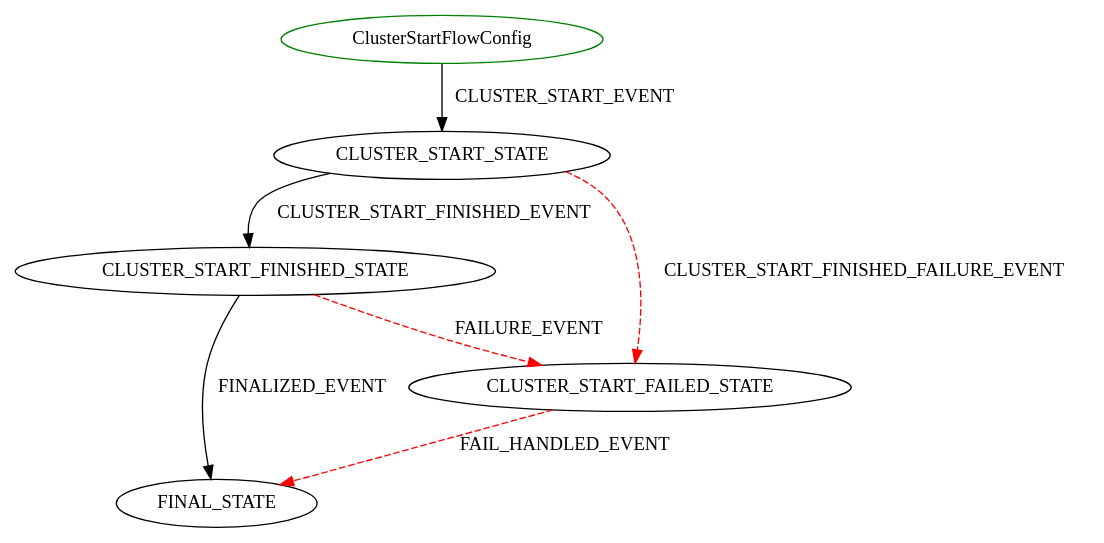
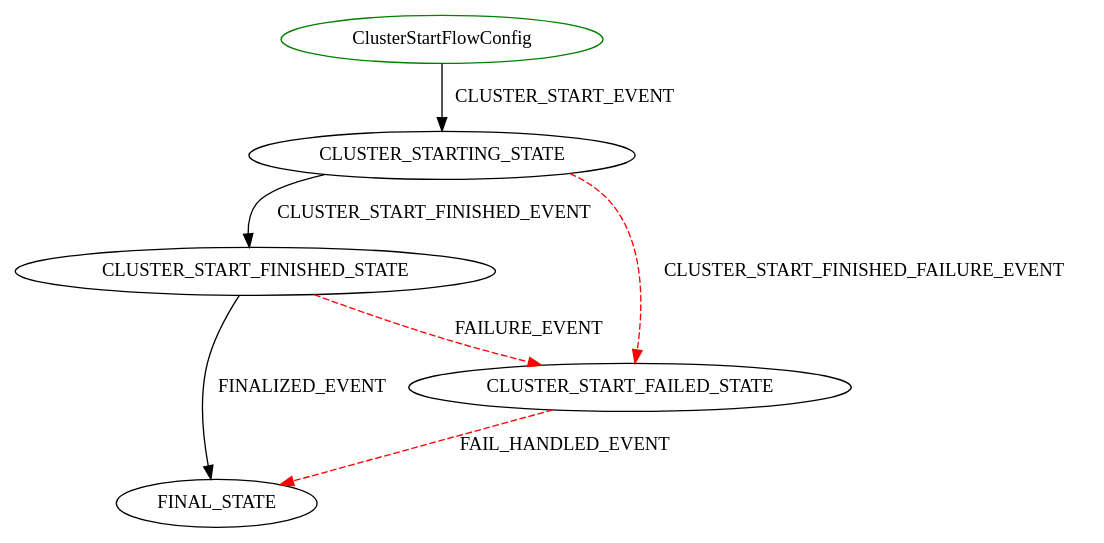
Before and after one commit to wprender/cloudbreak-docs: the diagram in docs/diagrams/ClusterStartFlowConfig.dot, drawn with Graphviz. The commit also changed 6 other files, not shown here.

Commit message:
CLOUD-58687 Move cluster update password flow to new flow engine

```diff
--- a/docs/diagrams/ClusterStartFlowConfig.dot
+++ b/docs/diagrams/ClusterStartFlowConfig.dot
@@ -1,9 +1,9 @@
 digraph {
 INIT_STATE [label="ClusterStartFlowConfig" shape=ellipse color=green];
-INIT_STATE -> CLUSTER_START_STATE [label="CLUSTER_START_EVENT" color=black style=solid];
-CLUSTER_START_STATE -> CLUSTER_START_FINISHED_STATE [label="CLUSTER_START_FINISHED_EVENT" color=black style=solid];
-CLUSTER_START_STATE -> CLUSTER_START_FAILED_STATE [label="CLUSTER_START_FINISHED_FAILURE_EVENT" color=red style=dashed];
+INIT_STATE -> CLUSTER_STARTING_STATE [label="CLUSTER_START_EVENT" color=black style=solid];
+CLUSTER_STARTING_STATE -> CLUSTER_START_FINISHED_STATE [label="CLUSTER_START_FINISHED_EVENT" color=black style=solid];
+CLUSTER_STARTING_STATE -> CLUSTER_START_FAILED_STATE [label="CLUSTER_START_FINISHED_FAILURE_EVENT" color=red style=dashed];
 CLUSTER_START_FAILED_STATE -> FINAL_STATE [label="FAIL_HANDLED_EVENT" color=red style=dashed];
 CLUSTER_START_FINISHED_STATE -> FINAL_STATE [label="FINALIZED_EVENT" color=black style=solid];
 CLUSTER_START_FINISHED_STATE -> CLUSTER_START_FAILED_STATE [label="FAILURE_EVENT" color=red style=dashed];
 }
```
